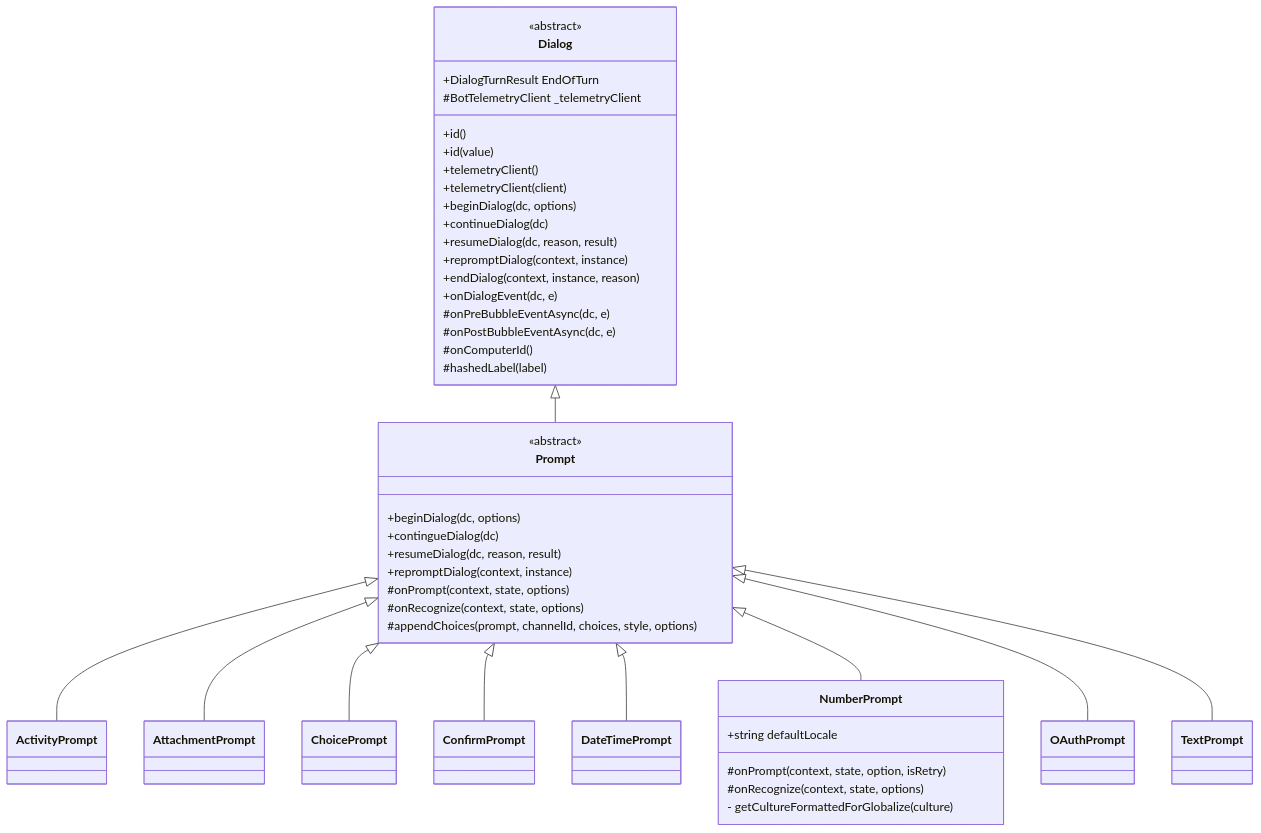
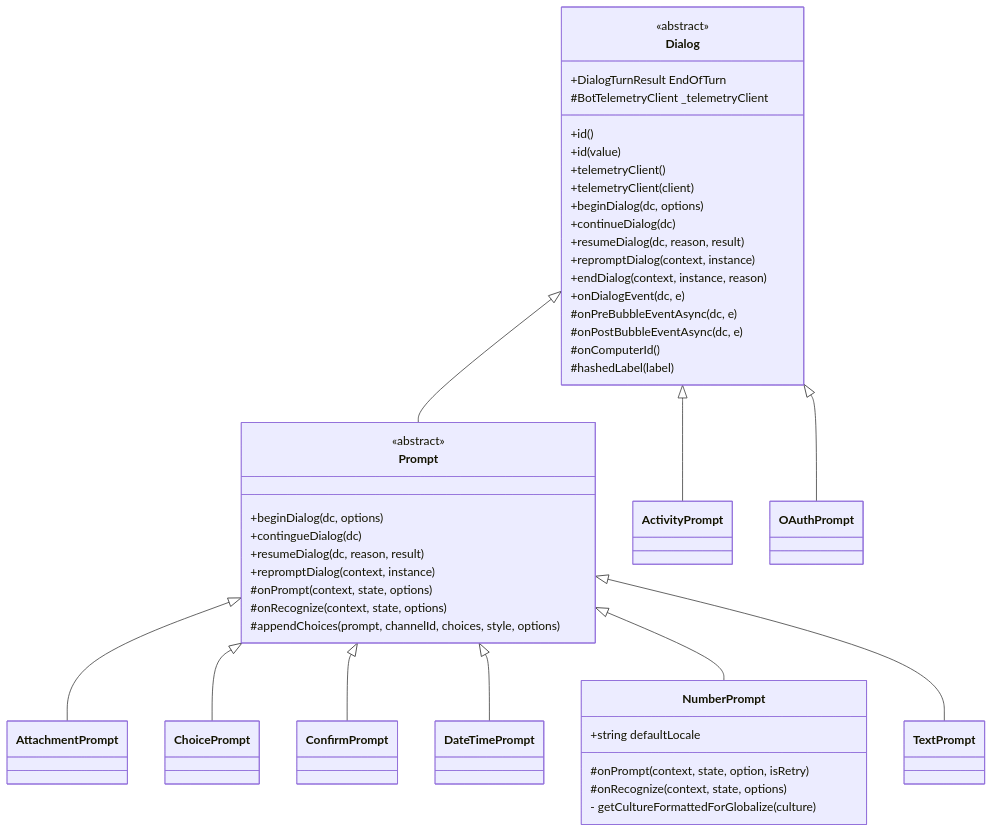
One commit to Zerryth/Mermaid changed the diagram in MarkdownFiles/PromptClassDiagram.md. Above: the diagram before and after it, drawn with Mermaid. The commit also changed 1 other file, not shown here.

Commit message:
made OAuthPrompt derive from Dialog:

````diff
--- a/MarkdownFiles/PromptClassDiagram.md
+++ b/MarkdownFiles/PromptClassDiagram.md
@@ -1,50 +1,50 @@
 ```mermaid
 classDiagram
     class NumberPrompt{
         +string defaultLocale
         
         #onPrompt(context, state, option, isRetry)
         #onRecognize(context, state, options)
         - getCultureFormattedForGlobalize(culture)
     }
 
     class Prompt{
         +beginDialog(dc, options)
         +contingueDialog(dc)
         +resumeDialog(dc, reason, result)
         +repromptDialog(context, instance)
         #onPrompt(context, state, options)
         #onRecognize(context, state, options)
         #appendChoices(prompt, channelId, choices, style, options)
     }
 
     class Dialog{
         +DialogTurnResult EndOfTurn
         #BotTelemetryClient _telemetryClient
         +id()
         +id(value)
         +telemetryClient()
         +telemetryClient(client)
         +beginDialog(dc, options)
         +continueDialog(dc)
         +resumeDialog(dc, reason, result)
         +repromptDialog(context, instance)
         +endDialog(context, instance, reason)
         +onDialogEvent(dc, e)
         #onPreBubbleEventAsync(dc, e)
         #onPostBubbleEventAsync(dc, e)
         #onComputerId()
         #hashedLabel(label)
     }
     <<abstract>> Dialog
     <<abstract>> Prompt
     Dialog <|-- Prompt
-    Prompt <|-- ActivityPrompt
+    Dialog <|-- ActivityPrompt
     Prompt <|-- AttachmentPrompt
     Prompt <|-- ChoicePrompt
     Prompt <|-- ConfirmPrompt
     Prompt <|-- DateTimePrompt
     Prompt <|-- NumberPrompt
-    Prompt <|-- OAuthPrompt
+    Dialog <|-- OAuthPrompt
     Prompt <|-- TextPrompt
 ```
````
